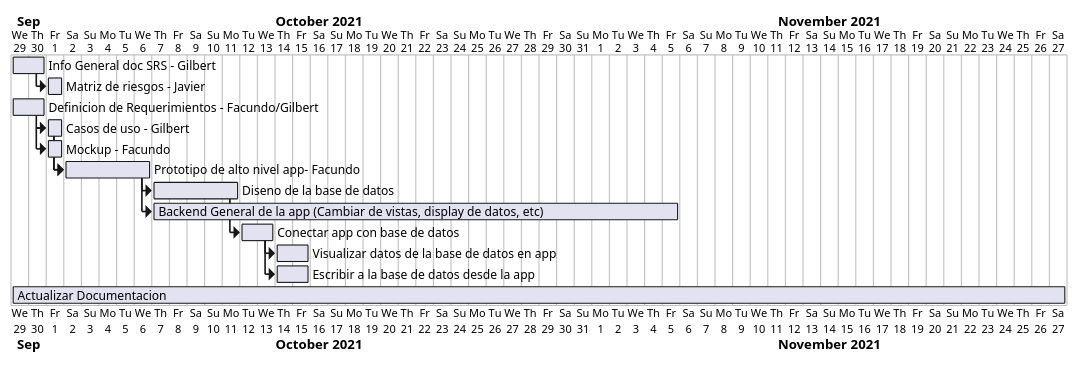
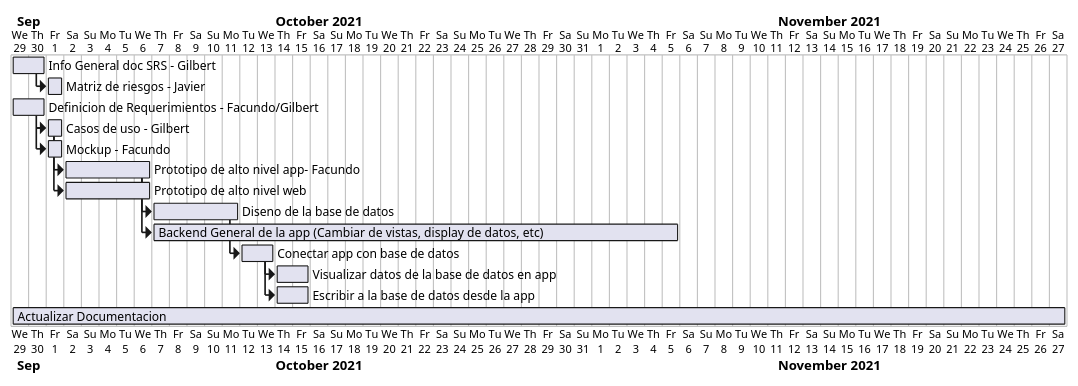
One commit to facund015/codeRelatedObsidianNotes changed the diagram in Diagramas.md. Above: the diagram before and after it, drawn with PlantUML. The commit also changed 1 other file, not shown here.

Commit message:
vault backup: 2021-10-01 15:54:30

````diff
--- a/Diagramas.md
+++ b/Diagramas.md
@@ -1,28 +1,28 @@
 ```plantuml
 
 @startgantt
 Project starts 2021-09-29
 
 [Info General doc SRS - Gilbert] as [SRS] lasts 2 days and starts 2021-09-29
 [Matriz de riesgos - Javier] as [MR] lasts 1 days and starts at [SRS]'s end
 
 [Definicion de Requerimientos - Facundo/Gilbert] as [DR] lasts 2 day and starts 2021-09-29
 [Casos de uso - Gilbert] as [CS] lasts 1 day and starts at [DR]'s end
 [Mockup - Facundo] as [MP] lasts 1 days and starts at [CS]'s start
 
 [Prototipo de alto nivel app- Facundo] as [PAN] lasts 5 days and starts at [CS]'s end
-[Prototipo de alto nivel ] as [PAN] lasts 5 days and starts at [CS]'s end
+[Prototipo de alto nivel web] as [PAW] lasts 5 days and starts at [CS]'s end
 [Diseno de la base de datos] as [DBD] lasts 5 days and starts at [PAN]'s end
 [Backend General de la app (Cambiar de vistas, display de datos, etc)] as [BGA] lasts 30 days and starts at [PAN]'s end
 
 [Conectar app con base de datos] as [CBD] lasts 2 days and starts at [DBD]'s end
 [Visualizar datos de la base de datos en app] as [VBD] lasts 2 days and starts at [CBD]'s end
 [Escribir a la base de datos desde la app] as [EBD] lasts 2 days and starts at [CBD]'s end
 
 
 [Actualizar Documentacion] as [ASRS] lasts 60 days
 @endgantt
 
 
 
 ```
````
